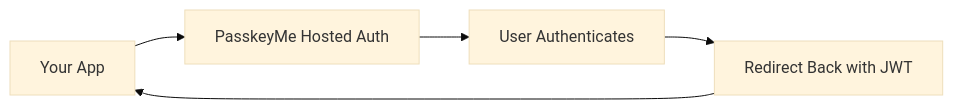
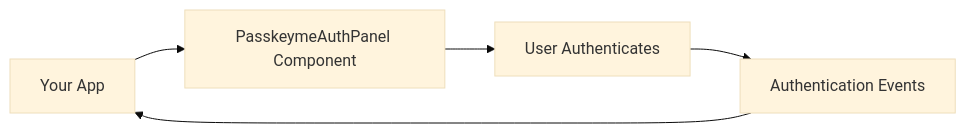
One commit to justincrosbie/passkeyme-docs changed the diagram in docs/intro.md. Above: the diagram before and after it, drawn with Mermaid (base theme). The commit also changed other lines of this file and 18 other files, not shown here.

````diff
--- a/docs/intro.md
+++ b/docs/intro.md
@@ -18,7 +18,7 @@
 ```mermaid
 graph LR
-    A[Your App] --> B[PasskeyMe Hosted Auth]
+    A[Your App] --> B[PasskeymeAuthPanel Component]
     B --> C[User Authenticates]
-    C --> D[Redirect Back with JWT]
+    C --> D[Authentication Events]
     D --> A
 ```
````
